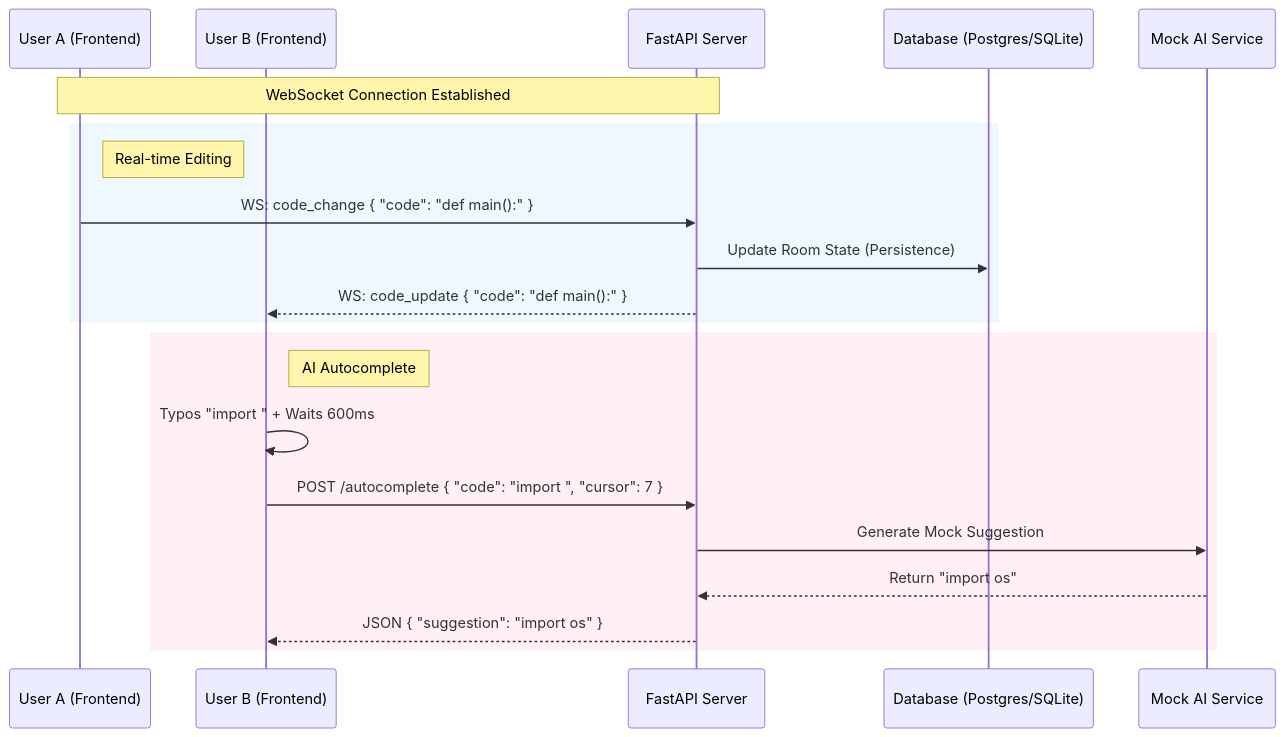
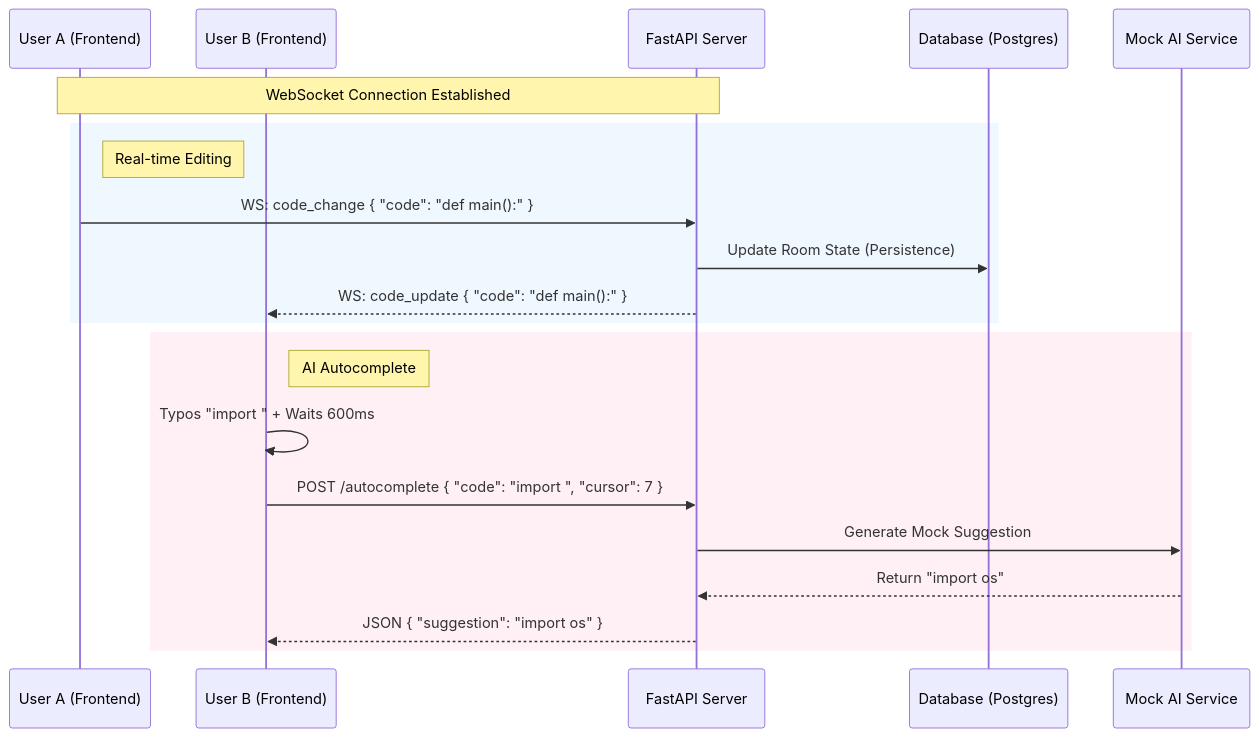
Before and after one commit to binaryash/code-editor: the diagram in README.md, drawn with Mermaid. The commit also changed other lines of this file, not shown here.

Commit message:
refactor: sqlite to postgres

````diff
--- a/README.md
+++ b/README.md
@@ -38,54 +38,51 @@
 ```mermaid 
 sequenceDiagram
 
     participant UserA as User A (Frontend)
 
     participant UserB as User B (Frontend)
 
     participant Server as FastAPI Server
 
-    participant DB as Database (Postgres/SQLite)
+    participant DB as Database (Postgres)
 
     participant AI as Mock AI Service
 
 
-
     Note over UserA, Server: WebSocket Connection Established
-
 
 
     %% Real-time Collaboration Flow
 
     rect rgb(240, 248, 255)
 
         note right of UserA: Real-time Editing
 
         UserA->>Server: WS: code_change { "code": "def main():" }
 
         Server->>DB: Update Room State (Persistence)
 
         Server-->>UserB: WS: code_update { "code": "def main():" }
 
     end
-
 
 
     %% AI Autocomplete Flow
 
     rect rgb(255, 240, 245)
 
         note right of UserB: AI Autocomplete
 
         UserB->>UserB: Typos "import " + Waits 600ms
 
         UserB->>Server: POST /autocomplete { "code": "import ", "cursor": 7 }
 
         Server->>AI: Generate Mock Suggestion
 
         AI-->>Server: Return "import os"
 
         Server-->>UserB: JSON { "suggestion": "import os" }
 
     end
 
 ```
````
